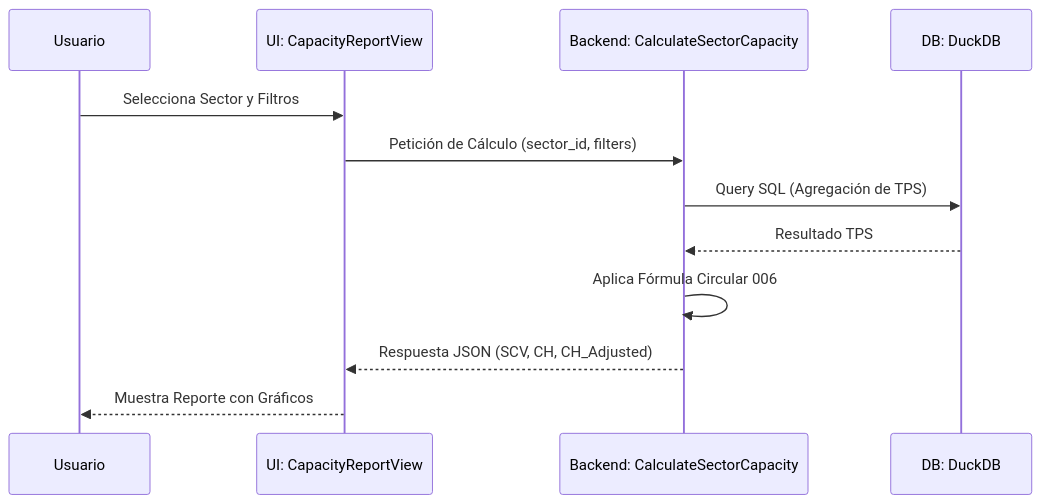
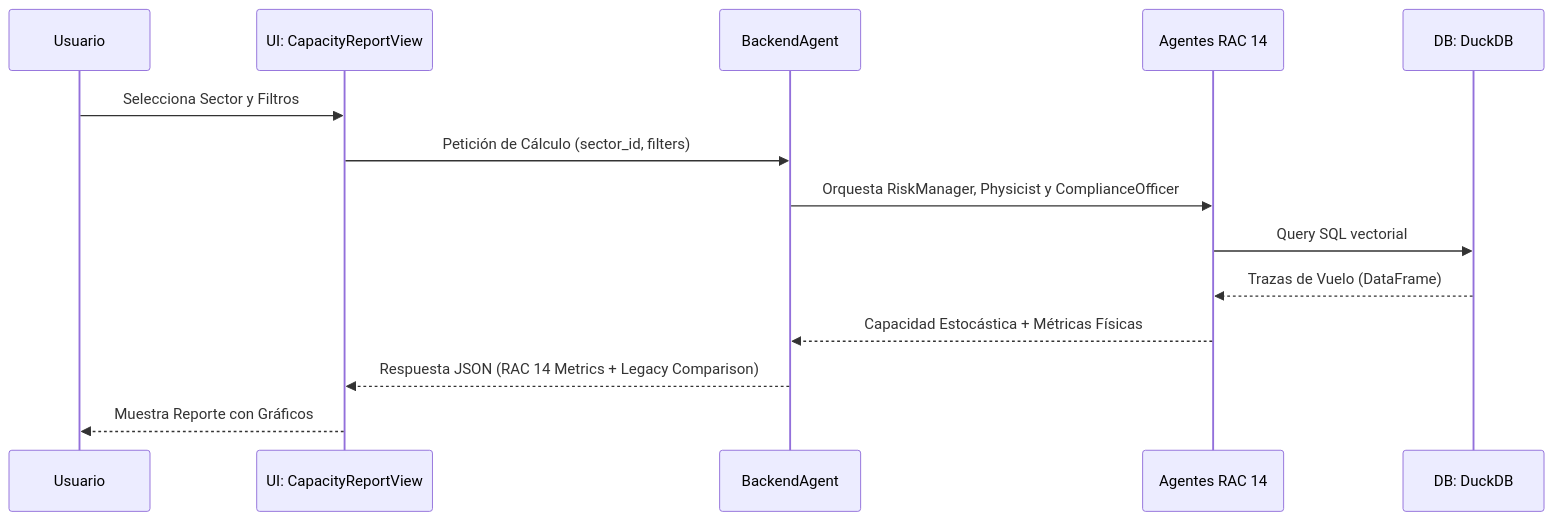
The second of 2 diagrams in docs/user_manual.md (ivmafo/tsis_umb_data_science), drawn with Mermaid before and after one commit. The commit also changed other lines of this file and 54 other files, not shown here.

````diff
--- a/docs/user_manual.md
+++ b/docs/user_manual.md
@@ -56,15 +54,17 @@
 ```mermaid
 sequenceDiagram
     participant U as Usuario
     participant V as UI: CapacityReportView
-    participant B as Backend: CalculateSectorCapacity
+    participant BA as BackendAgent
+    participant Ag as Agentes RAC 14
     participant D as DB: DuckDB
 
     U->>V: Selecciona Sector y Filtros
-    V->>B: Petición de Cálculo (sector_id, filters)
-    B->>D: Query SQL (Agregación de TPS)
-    D-->>B: Resultado TPS
-    B->>B: Aplica Fórmula Circular 006
-    B-->>V: Respuesta JSON (SCV, CH, CH_Adjusted)
+    V->>BA: Petición de Cálculo (sector_id, filters)
+    BA->>Ag: Orquesta RiskManager, Physicist y ComplianceOfficer
+    Ag->>D: Query SQL vectorial
+    D-->>Ag: Trazas de Vuelo (DataFrame)
+    Ag-->>BA: Capacidad Estocástica + Métricas Físicas
+    BA-->>V: Respuesta JSON (RAC 14 Metrics + Legacy Comparison)
     V-->>U: Muestra Reporte con Gráficos
 ```
````
